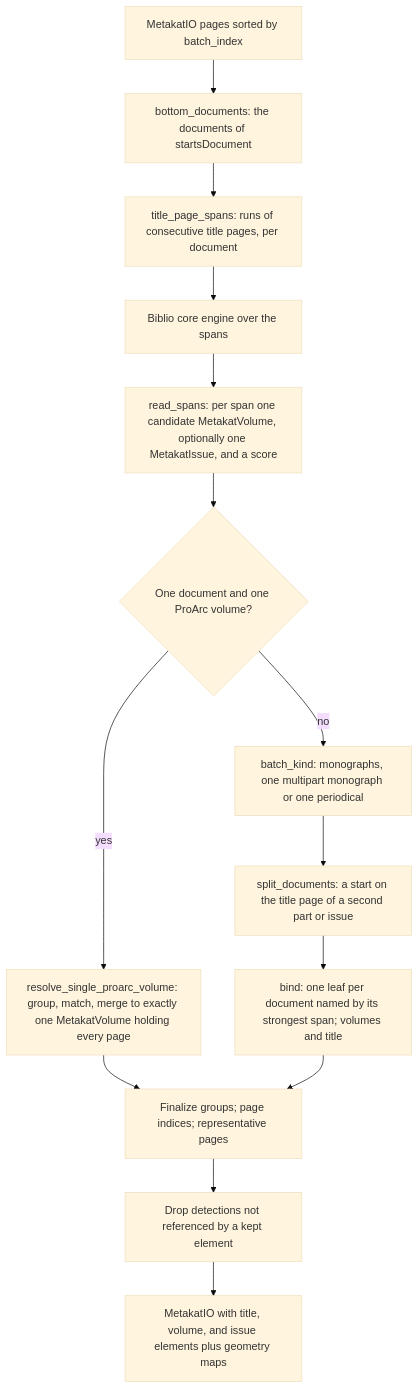
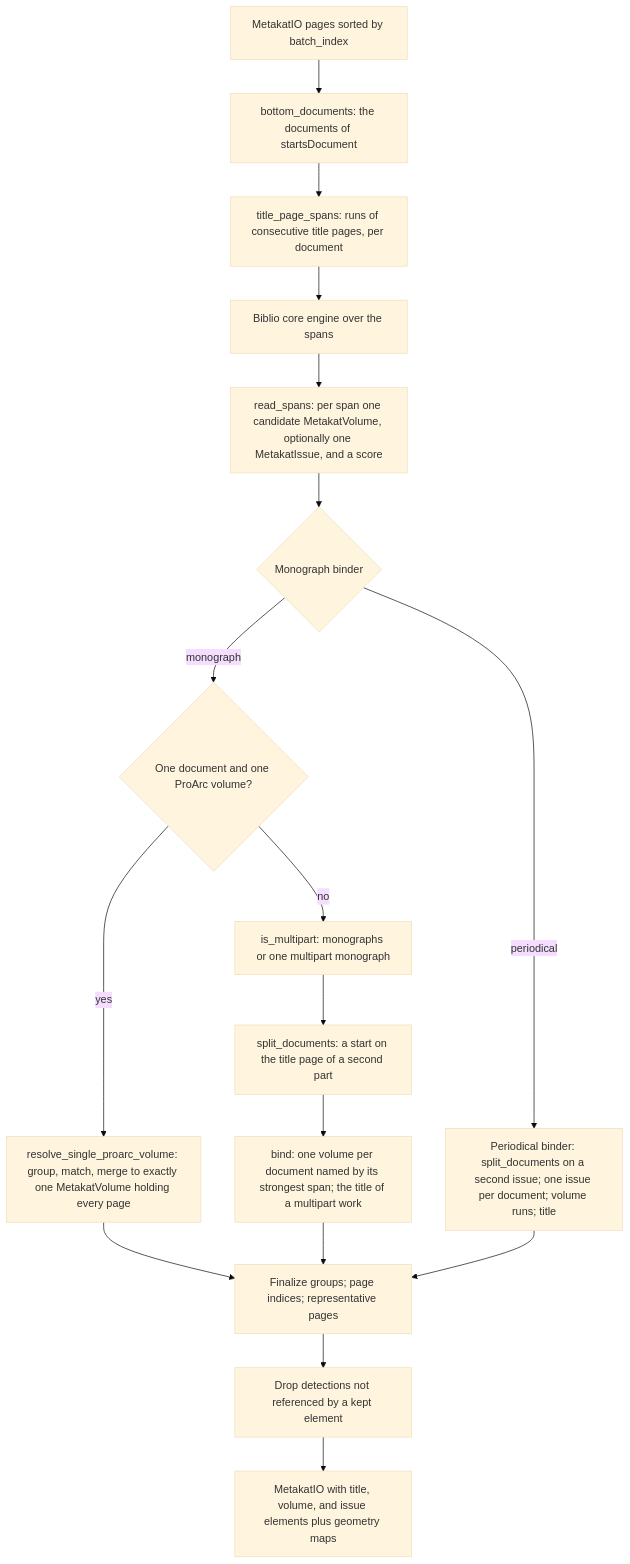
Before and after one commit to DCGM/MetaKat: the second of 2 diagrams in metakat/biblio/README.md, drawn with Mermaid (base theme). The commit also changed other lines of this file and 10 other files, not shown here.

First line of the commit message:
Split the biblio binder into a monograph and a periodical binder and drop the base binder

````diff
--- a/metakat/biblio/README.md
+++ b/metakat/biblio/README.md
@@ -621,21 +623,25 @@
 ```mermaid
 flowchart TD
     A[MetakatIO pages sorted by batch_index]
     S[bottom_documents: the documents of startsDocument]
     B[title_page_spans: runs of consecutive title pages, per document]
     C[Biblio core engine over the spans]
     D[read_spans: per span one candidate MetakatVolume, optionally one MetakatIssue, and a score]
+    M{Monograph binder}
     E{One document and one ProArc volume?}
     F[resolve_single_proarc_volume: group, match, merge to exactly one MetakatVolume holding every page]
-    K1[batch_kind: monographs, one multipart monograph or one periodical]
-    P[split_documents: a start on the title page of a second part or issue]
-    G[bind: one leaf per document named by its strongest span; volumes and title]
+    K1[is_multipart: monographs or one multipart monograph]
+    P[split_documents: a start on the title page of a second part]
+    G[bind: one volume per document named by its strongest span; the title of a multipart work]
+    Q[Periodical binder: split_documents on a second issue; one issue per document; volume runs; title]
     I[Finalize groups; page indices; representative pages]
     J[Drop detections not referenced by a kept element]
     K[MetakatIO with title, volume, and issue elements plus geometry maps]
 
-    A --> S --> B --> C --> D --> E
+    A --> S --> B --> C --> D --> M
+    M -- monograph --> E
     E -- yes --> F --> I
     E -- no --> K1 --> P --> G --> I
+    M -- periodical --> Q --> I
     I --> J --> K
 ```
````
